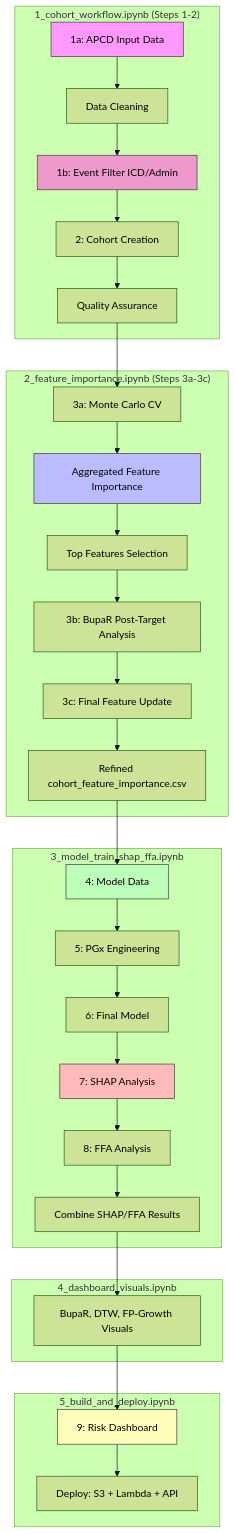
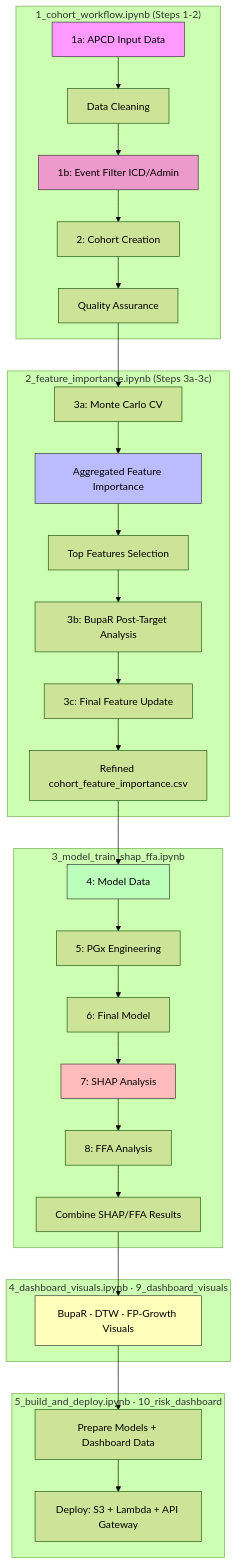
Before and after one commit to Jerome3590/pgx-analysis: the diagram in README.md, drawn with Mermaid (forest theme). The commit also changed other lines of this file and 14 other files, not shown here.

````diff
--- a/README.md
+++ b/README.md
@@ -43,43 +43,43 @@
 ```mermaid
 flowchart TD
     subgraph W1["1_cohort_workflow.ipynb (Steps 1-2)"]
         A1[1a: APCD Input Data] --> A2[Data Cleaning]
         A2 --> A1b[1b: Event Filter ICD/Admin]
         A1b --> A3[2: Cohort Creation]
         A3 --> A4[Quality Assurance]
     end
 
     subgraph W2["2_feature_importance.ipynb (Steps 3a-3c)"]
         A4 --> B1[3a: Monte Carlo CV]
         B1 --> B2[Aggregated Feature Importance]
         B2 --> B3[Top Features Selection]
         B3 --> B4[3b: BupaR Post-Target Analysis]
         B4 --> B5[3c: Final Feature Update]
         B5 --> B6[Refined cohort_feature_importance.csv]
     end
 
     subgraph W3["3_model_train_shap_ffa.ipynb"]
         B6 --> C1[4: Model Data]
         C1 --> D1[5: PGx Engineering]
         D1 --> E1[6: Final Model]
         E1 --> E4[7: SHAP Analysis]
         E4 --> F2[8: FFA Analysis]
         F2 --> F1[Combine SHAP/FFA Results]
     end
 
-    subgraph W4["4_dashboard_visuals.ipynb"]
-        F1 --> G0[BupaR, DTW, FP-Growth Visuals]
+    subgraph W4["4_dashboard_visuals.ipynb · 9_dashboard_visuals"]
+        F1 --> G0[BupaR · DTW · FP-Growth Visuals]
     end
 
-    subgraph W5["5_build_and_deploy.ipynb"]
-        G0 --> G1[9: Risk Dashboard]
-        G1 --> G5[Deploy: S3 + Lambda + API]
+    subgraph W5["5_build_and_deploy.ipynb · 10_risk_dashboard"]
+        G0 --> G1[Prepare Models + Dashboard Data]
+        G1 --> G5[Deploy: S3 + Lambda + API Gateway]
     end
 
     style A1 fill:#f9f,stroke:#333
     style A1b fill:#e9c,stroke:#333
     style B2 fill:#bbf,stroke:#333
     style C1 fill:#bfb,stroke:#333
     style E4 fill:#fbb,stroke:#333
-    style G1 fill:#ffb,stroke:#333
+    style G0 fill:#ffb,stroke:#333
 ```
````
